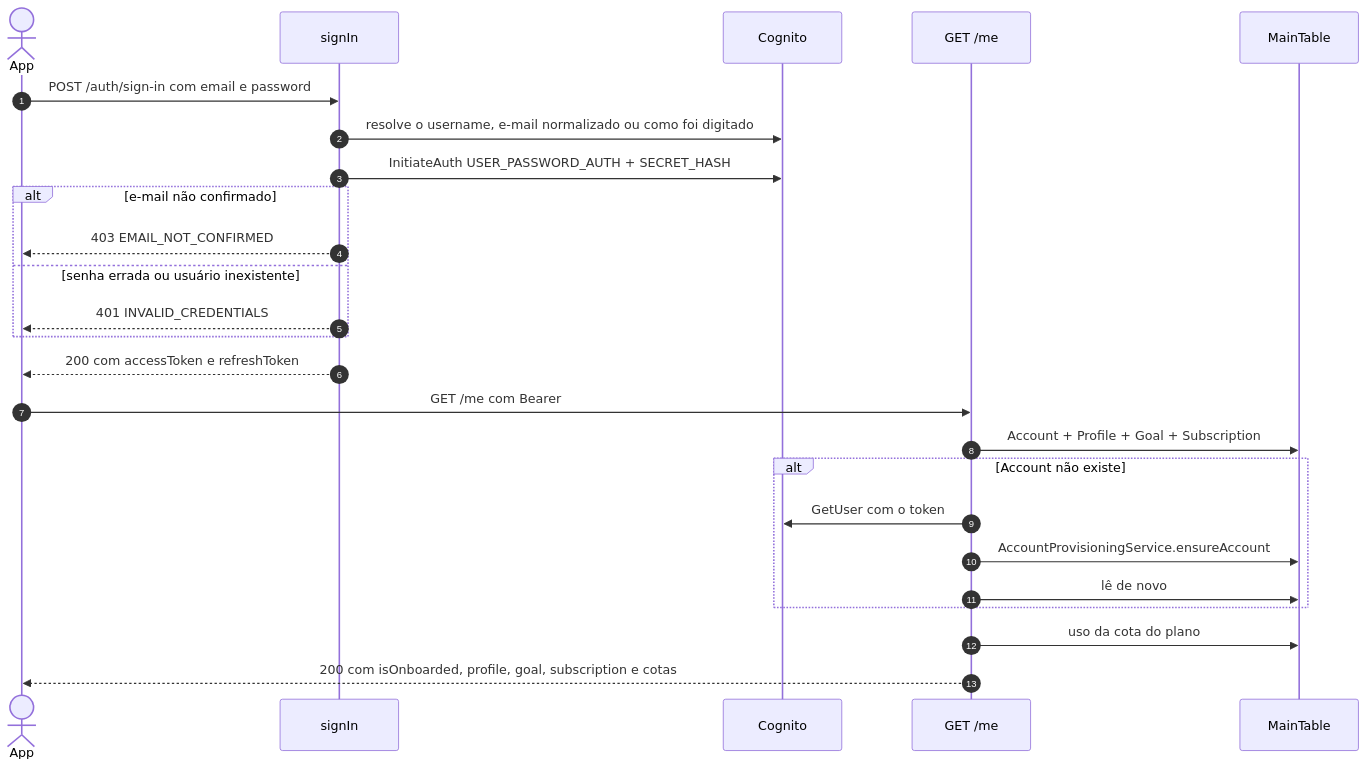
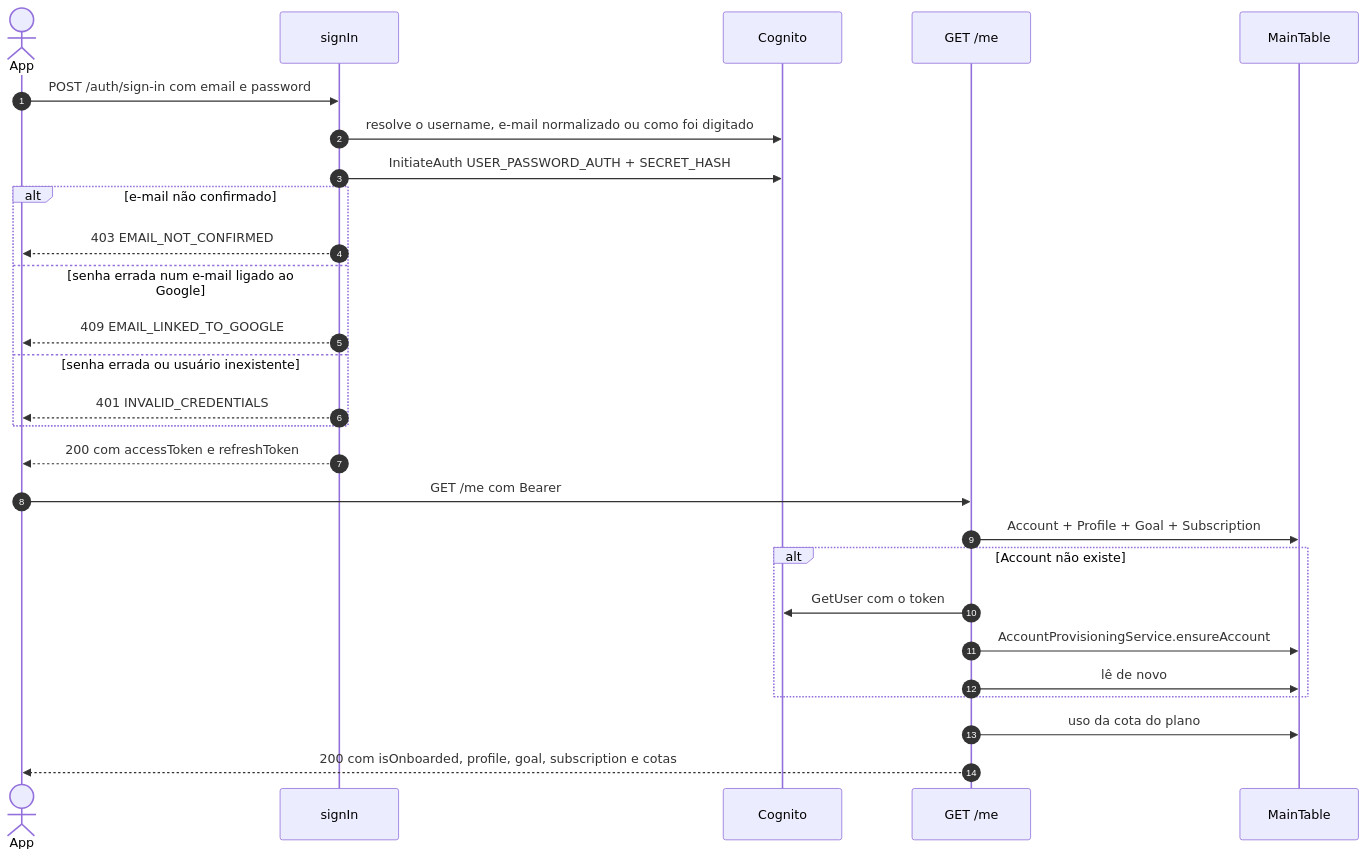
The first of 3 diagrams in docs/guide/fluxos/auth-login-senha.md (nivaldoandrade/nacal-api), drawn with Mermaid before and after one commit. The commit also changed other lines of this file and 8 other files, not shown here.

Commit message:
feat(api): return EMAIL_LINKED_TO_GOOGLE for google-linked emails on sign-up and sign-in

````diff
--- a/docs/guide/fluxos/auth-login-senha.md
+++ b/docs/guide/fluxos/auth-login-senha.md
@@ -24,29 +24,31 @@
 ```mermaid
 sequenceDiagram
     autonumber
     actor U as App
     participant API as signIn
     participant Cog as Cognito
     participant Me as GET /me
     participant DB as MainTable
 
     U->>API: POST /auth/sign-in com email e password
     API->>Cog: resolve o username, e-mail normalizado ou como foi digitado
     API->>Cog: InitiateAuth USER_PASSWORD_AUTH + SECRET_HASH
     alt e-mail não confirmado
         API-->>U: 403 EMAIL_NOT_CONFIRMED
+    else senha errada num e-mail ligado ao Google
+        API-->>U: 409 EMAIL_LINKED_TO_GOOGLE
     else senha errada ou usuário inexistente
         API-->>U: 401 INVALID_CREDENTIALS
     end
     API-->>U: 200 com accessToken e refreshToken
 
     U->>Me: GET /me com Bearer
     Me->>DB: Account + Profile + Goal + Subscription
     alt Account não existe
         Me->>Cog: GetUser com o token
         Me->>DB: AccountProvisioningService.ensureAccount
         Me->>DB: lê de novo
     end
     Me->>DB: uso da cota do plano
     Me-->>U: 200 com isOnboarded, profile, goal, subscription e cotas
 ```
````
